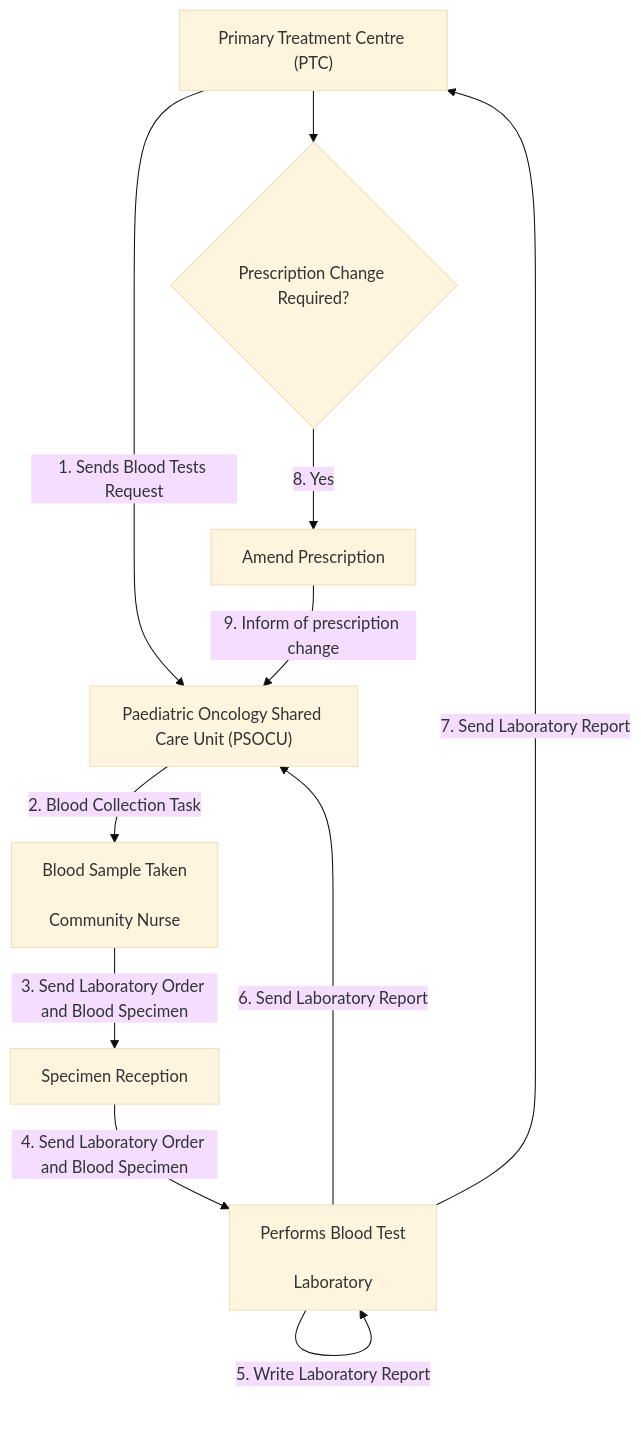
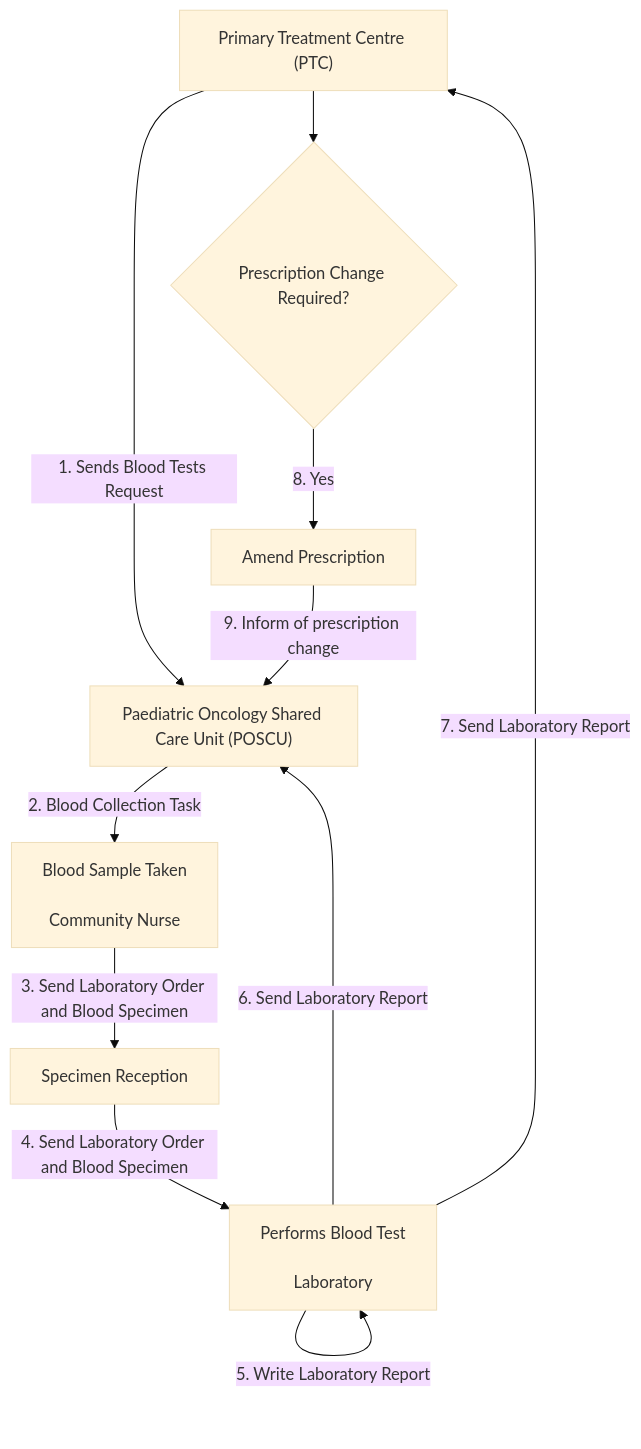
Before and after one commit to uk-gov-mirror/nw-gmsa.nw-gmsa.github.com: the diagram in input/pagecontent/bloods.md, drawn with Mermaid (base theme).

Commit message:
Updated HODS business process description

````diff
--- a/input/pagecontent/bloods.md
+++ b/input/pagecontent/bloods.md
@@ -3,13 +3,13 @@
 ```mermaid
 graph TD
-    PTC["Primary Treatment Centre (PTC)"] --> |1. Sends Blood Tests Request| POSCU["Paediatric Oncology Shared Care Unit (PSOCU)"]
+    PTC["Primary Treatment Centre (PTC)"] --> |1. Sends Blood Tests Request| POSCU["Paediatric Oncology Shared Care Unit (POSCU)"]
     POSCU --> |2. Blood Collection Task| Collection["Blood Sample Taken<br/><br/>Community Nurse"] 
     Collection --> |3. Send Laboratory Order and Blood Specimen| SpecimenReception[Specimen Reception]
     SpecimenReception --> |4. Send Laboratory Order and Blood Specimen| LIMS[Performs Blood Test<br/><br/>Laboratory]
     LIMS --> |5. Write Laboratory Report| LIMS
     LIMS --> |6. Send Laboratory Report| POSCU
     LIMS --> |7. Send Laboratory Report| PTC
     PTC --> Prescription{Prescription Change Required?}
     Prescription --> |8. Yes| Medication[Amend Prescription]
     Medication --> |9. Inform of prescription change| POSCU      
 ```
````
